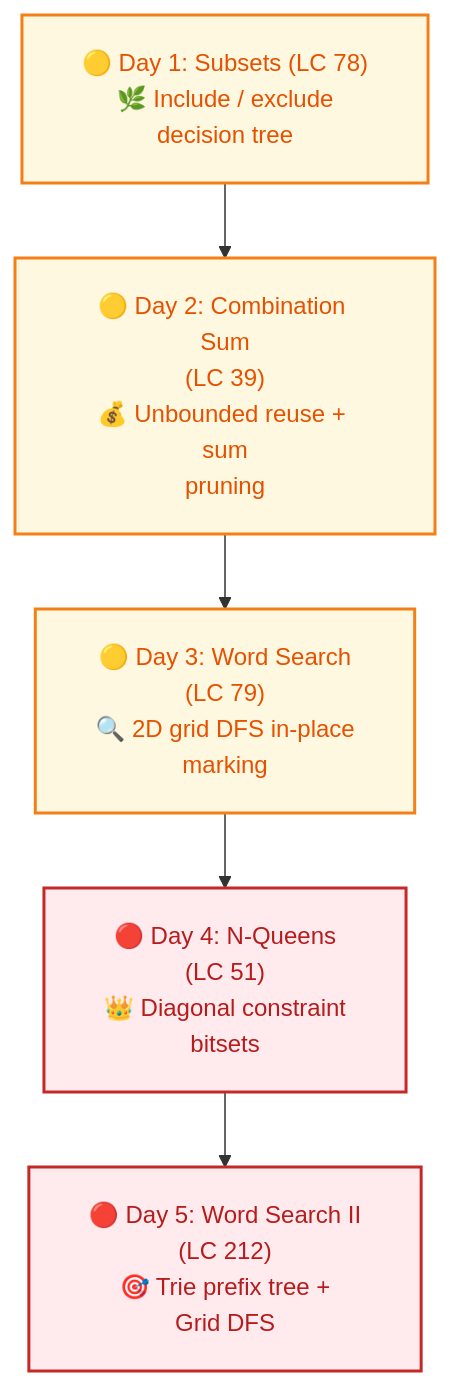
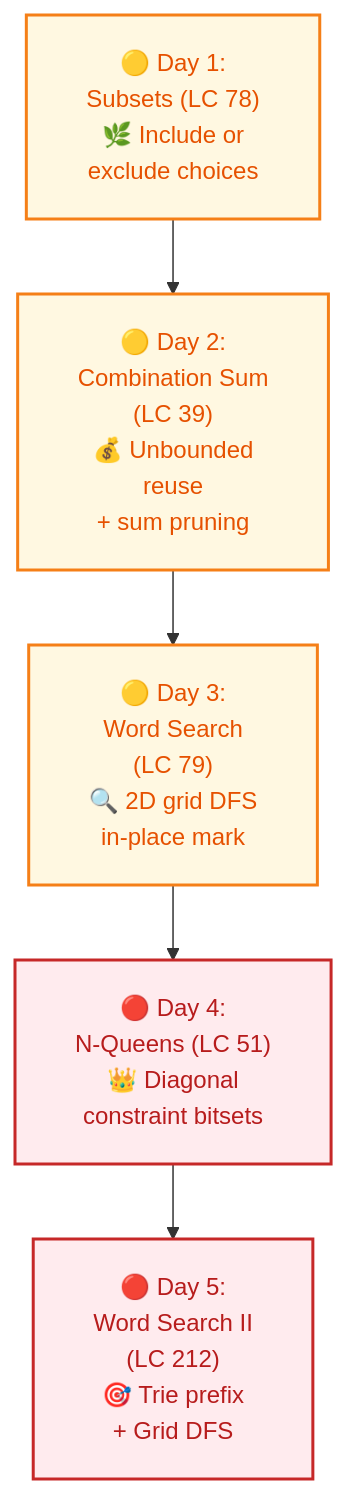
The eighth of 19 diagrams in Senior_dsa_question_list.md (dip4k/DSA_102), drawn with Mermaid before and after one commit. The commit also changed other lines of this file and 106 other files, not shown here.

First line of the commit message:
fix(mermaid): prevent text clipping with foreignObject overflow and tighter line wrapping

````diff
--- a/Senior_dsa_question_list.md
+++ b/Senior_dsa_question_list.md
@@ -286,15 +286,15 @@
 ```mermaid
-%%{init: {"flowchart": {"htmlLabels": true, "padding": 20}}}%%
+%%{init: {"flowchart": {"htmlLabels": true, "padding": 20}, "themeCSS": "foreignObject { overflow: visible !important; }"}}%%
 flowchart TD
     classDef startNode fill:#e8f5e9,stroke:#2e7d32,stroke-width:2px,color:#1b5e20
     classDef midNode fill:#fff8e1,stroke:#f57f17,stroke-width:2px,color:#e65100
     classDef hardNode fill:#ffebee,stroke:#c62828,stroke-width:2px,color:#b71c1c
 
-    A["🟡 Day 1: Subsets (LC 78)<br/>🌿 Include / exclude<br/>decision tree"]:::midNode
-    B["🟡 Day 2: Combination Sum<br/>(LC 39)<br/>💰 Unbounded reuse + sum<br/>pruning"]:::midNode
-    C["🟡 Day 3: Word Search<br/>(LC 79)<br/>🔍 2D grid DFS in-place<br/>marking"]:::midNode
-    D["🔴 Day 4: N-Queens<br/>(LC 51)<br/>👑 Diagonal constraint<br/>bitsets"]:::hardNode
-    E["🔴 Day 5: Word Search II<br/>(LC 212)<br/>🎯 Trie prefix tree +<br/>Grid DFS"]:::hardNode
+    A["🟡 Day 1:<br/>Subsets (LC 78)<br/>🌿 Include or<br/>exclude choices"]:::midNode
+    B["🟡 Day 2:<br/>Combination Sum<br/>(LC 39)<br/>💰 Unbounded<br/>reuse<br/>+ sum pruning"]:::midNode
+    C["🟡 Day 3:<br/>Word Search<br/>(LC 79)<br/>🔍 2D grid DFS<br/>in-place mark"]:::midNode
+    D["🔴 Day 4:<br/>N-Queens (LC 51)<br/>👑 Diagonal<br/>constraint bitsets"]:::hardNode
+    E["🔴 Day 5:<br/>Word Search II<br/>(LC 212)<br/>🎯 Trie prefix<br/>+ Grid DFS"]:::hardNode
 
     A --> B --> C --> D --> E
 ```
````
